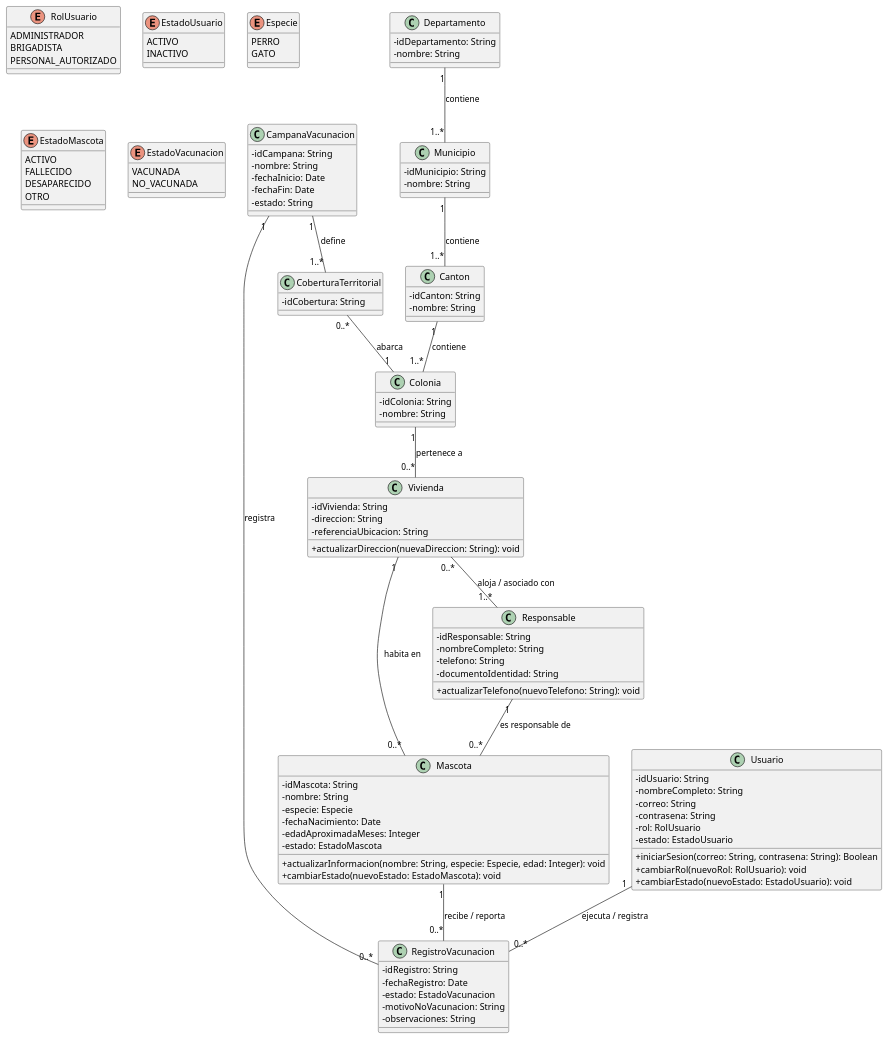
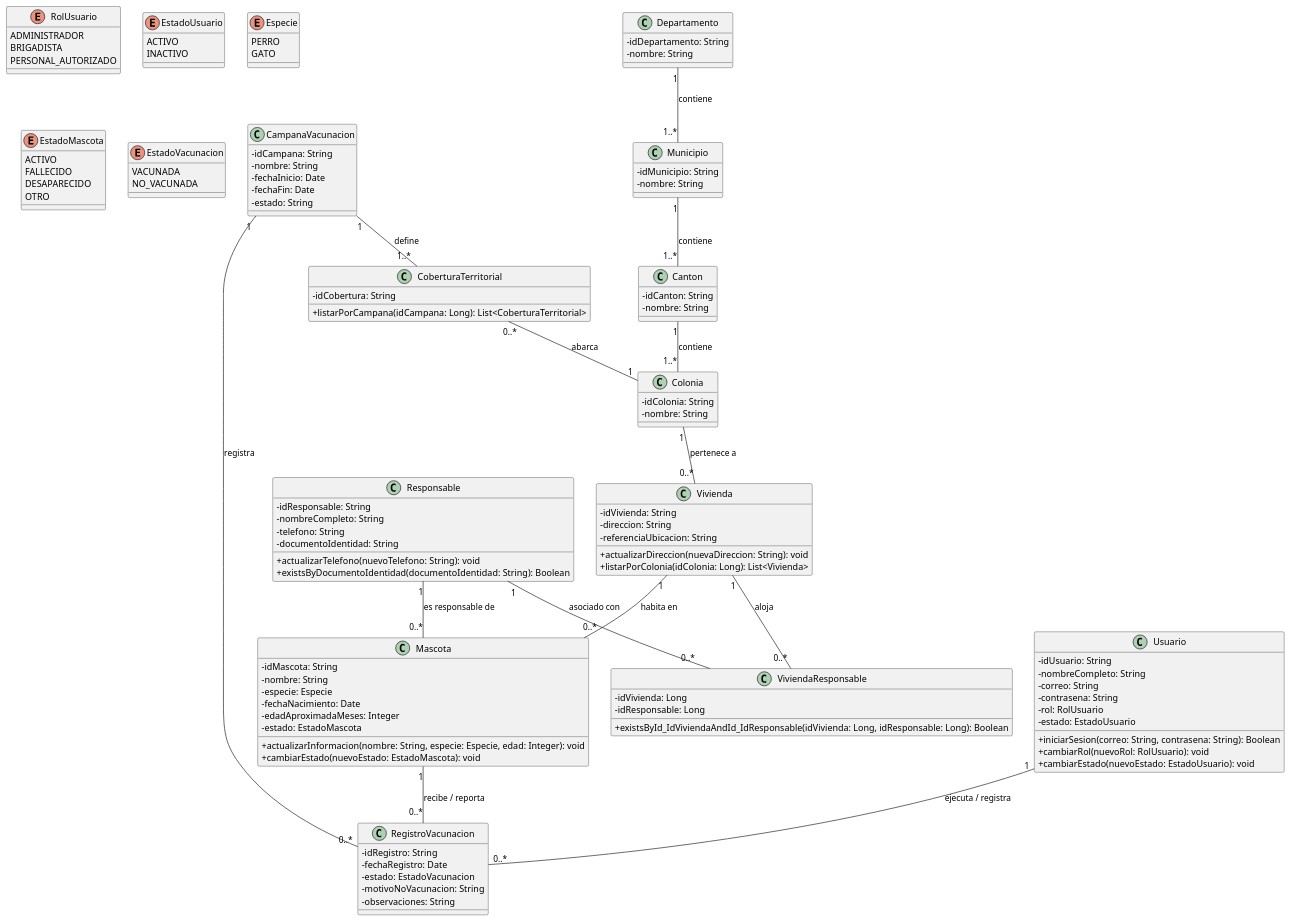
The diagram in src/main/Diagramas/Clases.puml (Alfredo2809/SISTEMA-DE-VACUNACION-ANIMAL), drawn with PlantUML before and after one commit.

Commit message:
Brian Darcia: Actualizar Clases.puml - Se agregan métodos de repositorios y clase ViviendaResponsable

```diff
--- a/src/main/Diagramas/Clases.puml
+++ b/src/main/Diagramas/Clases.puml
@@ -1,131 +1,119 @@
 @startuml
 skinparam classAttributeIconSize 0
-
 ' Enums (Valores en UPPER_SNAKE_CASE)
 enum RolUsuario {
   ADMINISTRADOR
   BRIGADISTA
   PERSONAL_AUTORIZADO
 }
-
 enum EstadoUsuario {
   ACTIVO
   INACTIVO
 }
-
 enum Especie {
   PERRO
   GATO
 }
-
 enum EstadoMascota {
   ACTIVO
   FALLECIDO
   DESAPARECIDO
   OTRO
 }
-
 ' Nuevo enumerador para clasificar el estado de la vacunación
 enum EstadoVacunacion {
   VACUNADA
   NO_VACUNADA
 }
-
 ' Clases Principales (UpperCamelCase)
 class CampanaVacunacion {
   - idCampana: String
   - nombre: String
   - fechaInicio: Date
   - fechaFin: Date
   - estado: String
 }
-
 class CoberturaTerritorial {
   - idCobertura: String
+  + listarPorCampana(idCampana: Long): List<CoberturaTerritorial>
 }
-
 class Departamento {
   - idDepartamento: String
   - nombre: String
 }
-
 class Municipio {
   - idMunicipio: String
   - nombre: String
 }
-
 class Canton {
   - idCanton: String
   - nombre: String
 }
-
 class Colonia {
   - idColonia: String
   - nombre: String
 }
-
 class Vivienda {
   - idVivienda: String
   - direccion: String
   - referenciaUbicacion: String
   + actualizarDireccion(nuevaDireccion: String): void
+  + listarPorColonia(idColonia: Long): List<Vivienda>
 }
-
 class Responsable {
   - idResponsable: String
   - nombreCompleto: String
   - telefono: String
   - documentoIdentidad: String
   + actualizarTelefono(nuevoTelefono: String): void
+  + existsByDocumentoIdentidad(documentoIdentidad: String): Boolean
 }
-
+class ViviendaResponsable {
+  - idVivienda: Long
+  - idResponsable: Long
+  + existsById_IdViviendaAndId_IdResponsable(idVivienda: Long, idResponsable: Long): Boolean
+}
 class Mascota {
   - idMascota: String
   - nombre: String
   - especie: Especie
   - fechaNacimiento: Date
   - edadAproximadaMeses: Integer
   - estado: EstadoMascota
   + actualizarInformacion(nombre: String, especie: Especie, edad: Integer): void
   + cambiarEstado(nuevoEstado: EstadoMascota): void
 }
-
 class Usuario {
   - idUsuario: String
   - nombreCompleto: String
   - correo: String
   - contrasena: String
   - rol: RolUsuario
   - estado: EstadoUsuario
   + iniciarSesion(correo: String, contrasena: String): Boolean
   + cambiarRol(nuevoRol: RolUsuario): void
   + cambiarEstado(nuevoEstado: EstadoUsuario): void
 }
-
 ' Clase unificada para los registros
 class RegistroVacunacion {
   - idRegistro: String
   - fechaRegistro: Date
   - estado: EstadoVacunacion
   - motivoNoVacunacion: String
   - observaciones: String
 }
-
 ' Relaciones y Jerarquías
 Departamento "1" -- "1..*" Municipio : contiene
 Municipio "1" -- "1..*" Canton : contiene
 Canton "1" -- "1..*" Colonia : contiene
 Colonia "1" -- "0..*" Vivienda : pertenece a
-
 Vivienda "1" -- "0..*" Mascota : habita en
 Responsable "1" -- "0..*" Mascota : es responsable de
-Vivienda "0..*" -- "1..*" Responsable : aloja / asociado con
-
+Responsable "1" -- "0..*" ViviendaResponsable : asociado con
+Vivienda "1" -- "0..*" ViviendaResponsable : aloja
 CampanaVacunacion "1" -- "1..*" CoberturaTerritorial : define
 CoberturaTerritorial "0..*" -- "1" Colonia : abarca
-
 Usuario "1" -- "0..*" RegistroVacunacion : ejecuta / registra
 CampanaVacunacion "1" -- "0..*" RegistroVacunacion : registra
 Mascota "1" -- "0..*" RegistroVacunacion : recibe / reporta
-
 @enduml
```
